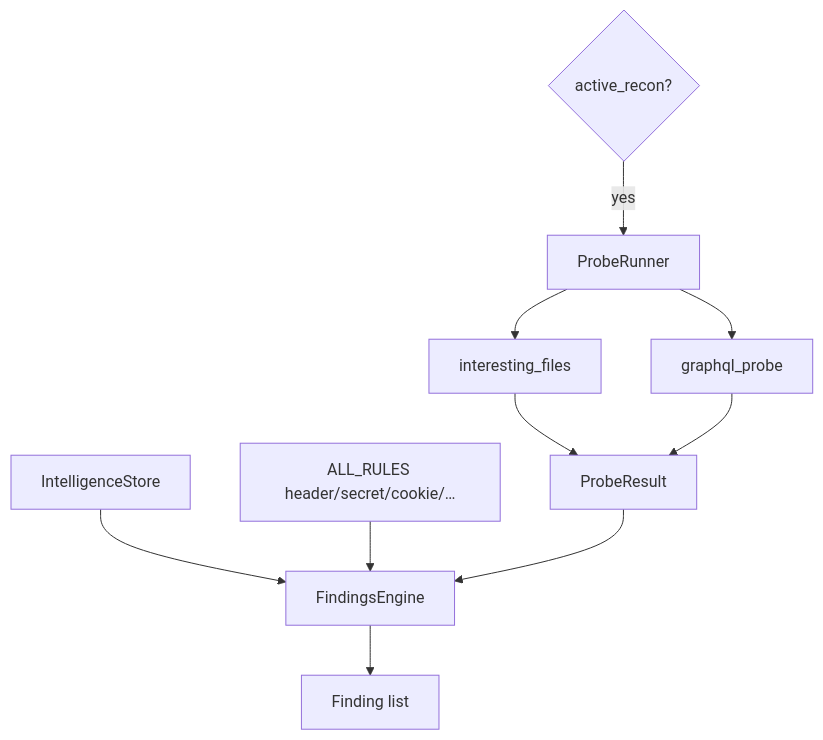
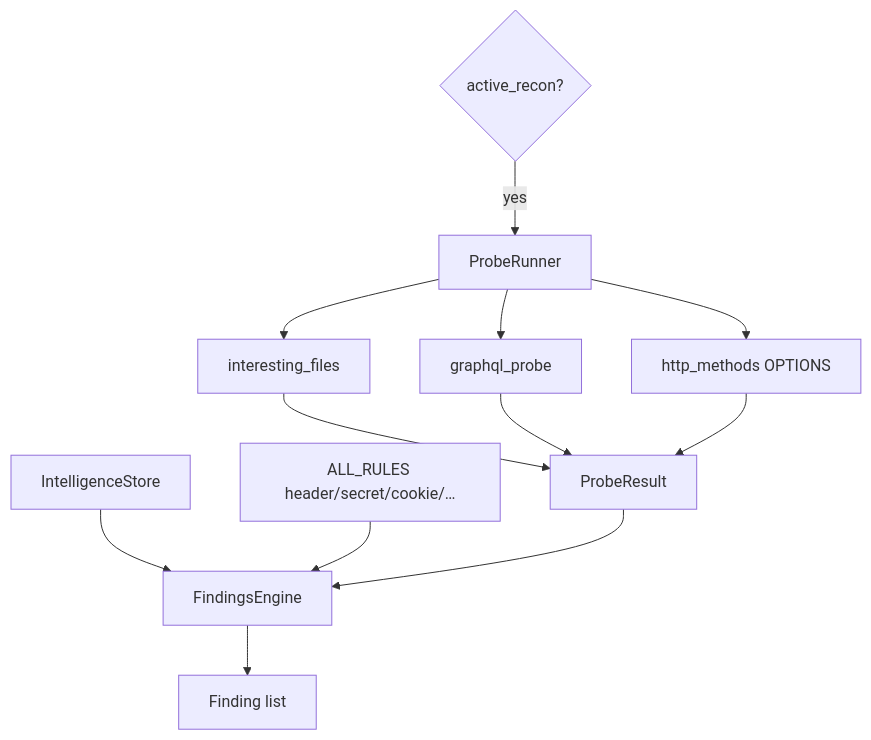
Before and after one commit to Shellghostt/WebVac: the fourth of 5 diagrams in docs/architecture/VAPT.md, drawn with Mermaid. The commit also changed other lines of this file and 52 other files, not shown here.

````diff
--- a/docs/architecture/VAPT.md
+++ b/docs/architecture/VAPT.md
@@ -106,13 +110,15 @@
 ```mermaid
 flowchart TD
   Intel[IntelligenceStore] --> FE[FindingsEngine]
   Rules[ALL_RULES header/secret/cookie/…] --> FE
   FE --> Findings[Finding list]
 
   AR{active_recon?} -->|yes| PR[ProbeRunner]
   PR --> IF[interesting_files]
   PR --> GQ[graphql_probe]
+  PR --> HM[http_methods OPTIONS]
   IF --> ProbeRes[ProbeResult]
   GQ --> ProbeRes
+  HM --> ProbeRes
   ProbeRes --> FE
 ```
````
